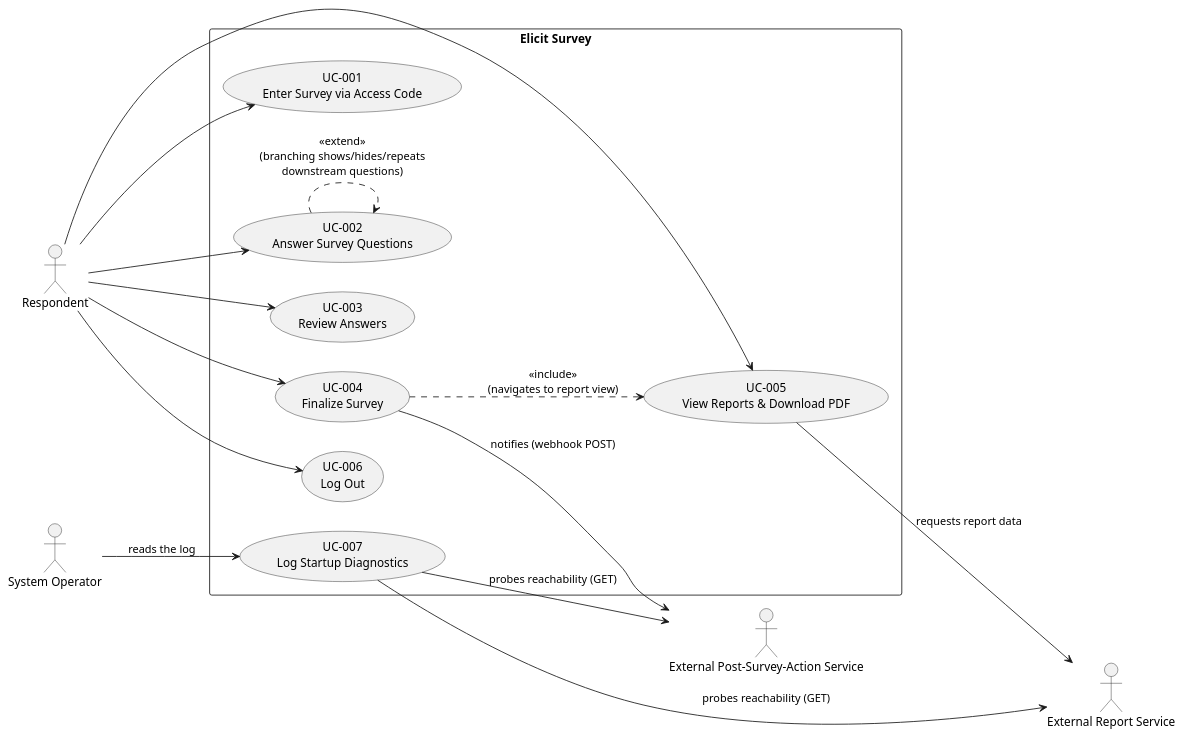
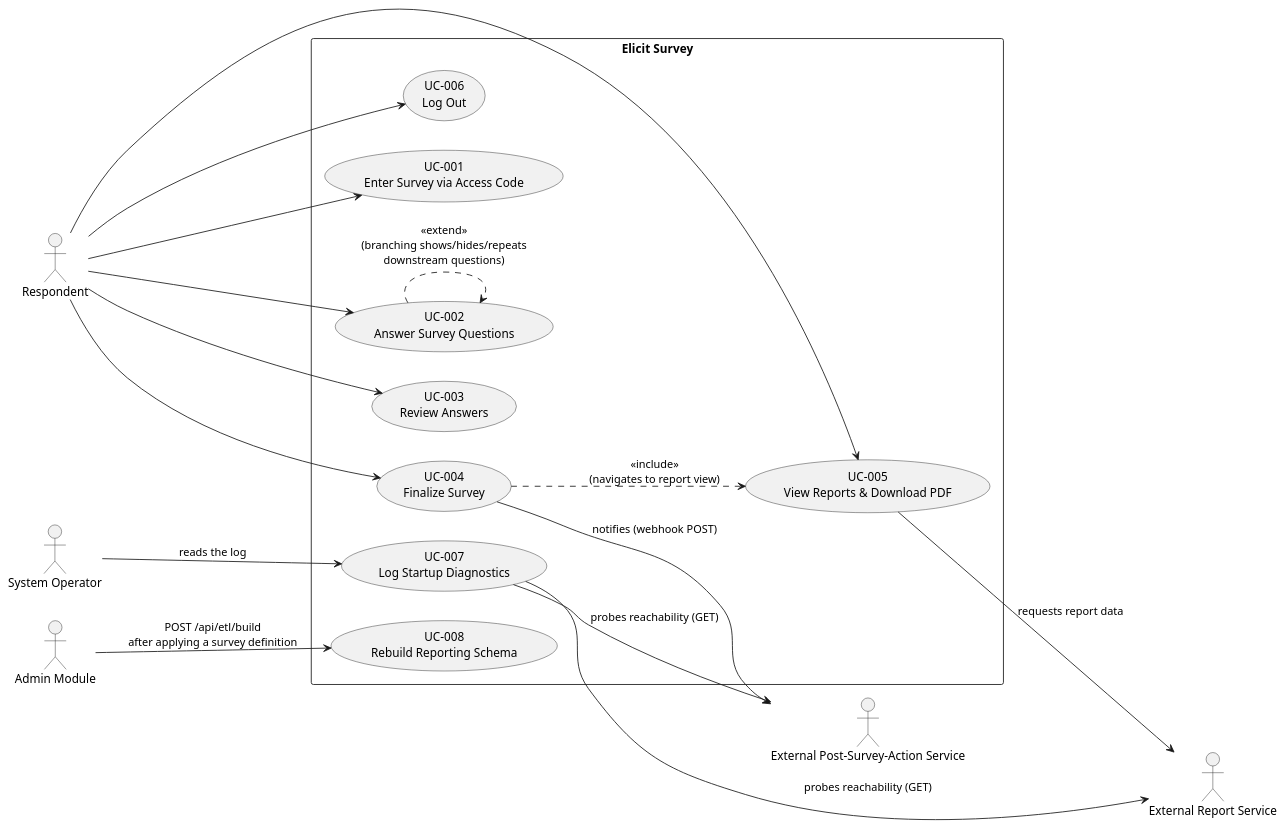
The diagram in docs/use_cases.puml (ElicitSoftware/Survey), drawn with PlantUML before and after one commit. The commit also changed 32 other files, not shown here.

```diff
--- a/docs/use_cases.puml
+++ b/docs/use_cases.puml
@@ -1,36 +1,39 @@
 @startuml
 left to right direction
 skinparam packageStyle rectangle
 
 actor "Respondent" as Respondent
 actor "External Report Service" as ReportSvc
 actor "External Post-Survey-Action Service" as PsaSvc
 actor "System Operator" as Operator
+actor "Admin Module" as AdminApp
 
 rectangle "Elicit Survey" {
   usecase "UC-001\nEnter Survey via Access Code" as UC001
   usecase "UC-002\nAnswer Survey Questions" as UC002
   usecase "UC-003\nReview Answers" as UC003
   usecase "UC-004\nFinalize Survey" as UC004
   usecase "UC-005\nView Reports & Download PDF" as UC005
   usecase "UC-006\nLog Out" as UC006
   usecase "UC-007\nLog Startup Diagnostics" as UC007
+  usecase "UC-008\nRebuild Reporting Schema" as UC008
 }
 
 Respondent --> UC001
 Respondent --> UC002
 Respondent --> UC003
 Respondent --> UC004
 Respondent --> UC005
 Respondent --> UC006
 Operator --> UC007 : reads the log
+AdminApp --> UC008 : POST /api/etl/build\nafter applying a survey definition
 
 UC004 ..> UC005 : <<include>>\n(navigates to report view)
 UC002 ..> UC002 : <<extend>>\n(branching shows/hides/repeats\ndownstream questions)
 
 UC004 --> PsaSvc : notifies (webhook POST)
 UC005 --> ReportSvc : requests report data
 UC007 --> ReportSvc : probes reachability (GET)
 UC007 --> PsaSvc : probes reachability (GET)
 
 @enduml
```
